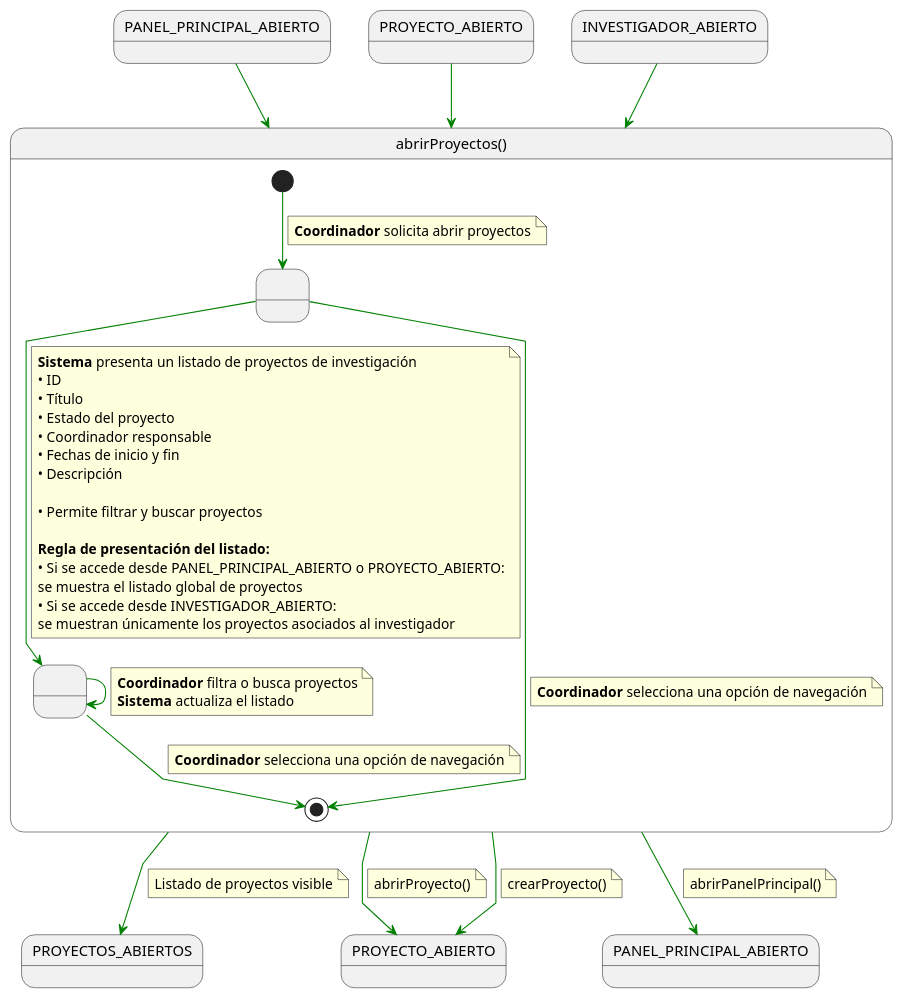
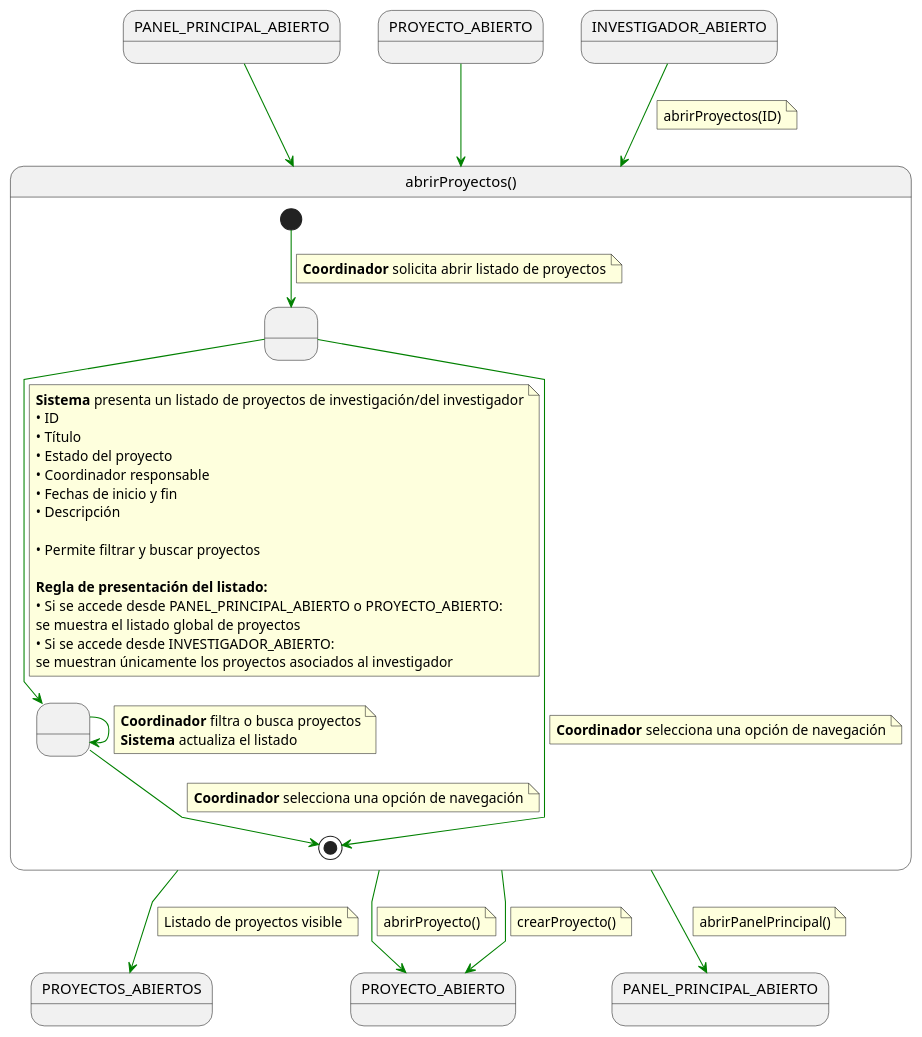
The diagram in documents/casosDeUso/detalle/coordinador/02-gestion-proyectos/abrirProyectos/abrirProyectos.puml (31Diego/25-26-IdSw1-SdR), drawn with PlantUML before and after one commit. The commit also changed 38 other files, not shown here.

```diff
--- a/documents/casosDeUso/detalle/coordinador/02-gestion-proyectos/abrirProyectos/abrirProyectos.puml
+++ b/documents/casosDeUso/detalle/coordinador/02-gestion-proyectos/abrirProyectos/abrirProyectos.puml
@@ -1,80 +1,83 @@
 @startuml abrirProyectos
 skinparam linetype polyline
 
 state in1 as "PANEL_PRINCIPAL_ABIERTO"
 in1 -[#green]-> abrirProyectos
 
 state in2 as "PROYECTO_ABIERTO"
 in2 -[#green]-> abrirProyectos
 
 state in3 as "INVESTIGADOR_ABIERTO"
 in3 -[#green]-> abrirProyectos
+note on link
+abrirProyectos(ID)
+end note
 
 
 state abrirProyectos as "abrirProyectos()" {
 
     state " " as MostrandoLista
     state " " as FiltrandoLista
 
     [*] -[#green]-> MostrandoLista
     note on link
-    <b>Coordinador</b> solicita abrir proyectos
+    <b>Coordinador</b> solicita abrir listado de proyectos
     end note
 
     MostrandoLista -[#green]-> FiltrandoLista
     note on link
-    <b>Sistema</b> presenta un listado de proyectos de investigación
+    <b>Sistema</b> presenta un listado de proyectos de investigación/del investigador
     • ID
     • Título
     • Estado del proyecto
     • Coordinador responsable
     • Fechas de inicio y fin
     • Descripción
     
     • Permite filtrar y buscar proyectos
 
     <b>Regla de presentación del listado:</b>
     • Si se accede desde PANEL_PRINCIPAL_ABIERTO o PROYECTO_ABIERTO:
     se muestra el listado global de proyectos
     • Si se accede desde INVESTIGADOR_ABIERTO:
     se muestran únicamente los proyectos asociados al investigador
     end note
 
     FiltrandoLista -[#green]-> FiltrandoLista
     note on link
     <b>Coordinador</b> filtra o busca proyectos
     <b>Sistema</b> actualiza el listado
     end note
 
     FiltrandoLista -[#green]-> [*]
     note on link
     <b>Coordinador</b> selecciona una opción de navegación
     end note
 
     MostrandoLista -[#green]-> [*]
     note on link
     <b>Coordinador</b> selecciona una opción de navegación
     end note
 }
 
 abrirProyectos -[#green]-> PROYECTOS_ABIERTOS
 note on link
 Listado de proyectos visible
 end note
 
 abrirProyectos -[#green]-> PROYECTO_ABIERTO
 note on link
 abrirProyecto()
 end note
 
 abrirProyectos -[#green]-> PROYECTO_ABIERTO
 note on link
 crearProyecto()
 end note
 
 abrirProyectos -[#green]-> PANEL_PRINCIPAL_ABIERTO
 note on link
 abrirPanelPrincipal()
 end note
 
 @enduml
```
